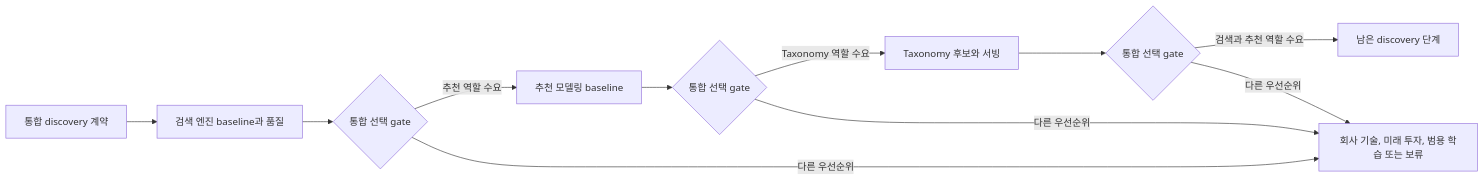
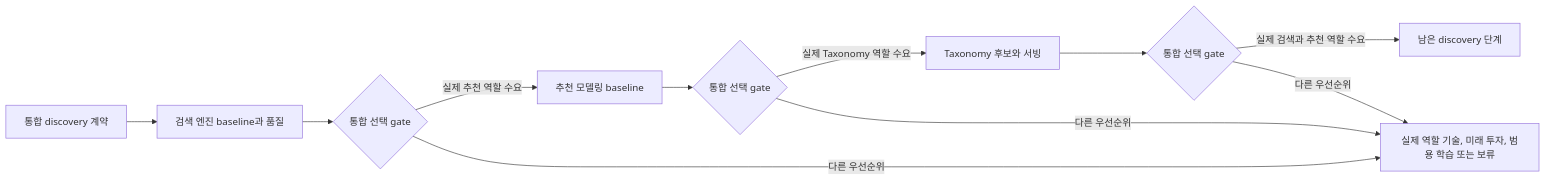
One commit to dc-choi/interview changed the diagram in fit/growth/learning/roadmaps/2027-Search-Recommendation-Roadmap.md. Above: the diagram before and after it, drawn with Mermaid. The commit also changed other lines of this file and 137 other files, not shown here.

````diff
--- a/fit/growth/learning/roadmaps/2027-Search-Recommendation-Roadmap.md
+++ b/fit/growth/learning/roadmaps/2027-Search-Recommendation-Roadmap.md
@@ -31,13 +31,13 @@
 ```mermaid
 flowchart LR
   A[통합 discovery 계약] --> B[검색 엔진 baseline과 품질]
   B --> G{통합 선택 gate}
-  G -->|추천 역할 수요| C[추천 모델링 baseline]
-  G -->|다른 우선순위| X[회사 기술, 미래 투자, 범용 학습 또는 보류]
+  G -->|실제 추천 역할 수요| C[추천 모델링 baseline]
+  G -->|다른 우선순위| X[실제 역할 기술, 미래 투자, 범용 학습 또는 보류]
   C --> I{통합 선택 gate}
-  I -->|Taxonomy 역할 수요| D[Taxonomy 후보와 서빙]
+  I -->|실제 Taxonomy 역할 수요| D[Taxonomy 후보와 서빙]
   I -->|다른 우선순위| X
   D --> H{통합 선택 gate}
-  H -->|검색과 추천 역할 수요| F[남은 discovery 단계]
+  H -->|실제 검색과 추천 역할 수요| F[남은 discovery 단계]
   H -->|다른 우선순위| X
 ```
````
